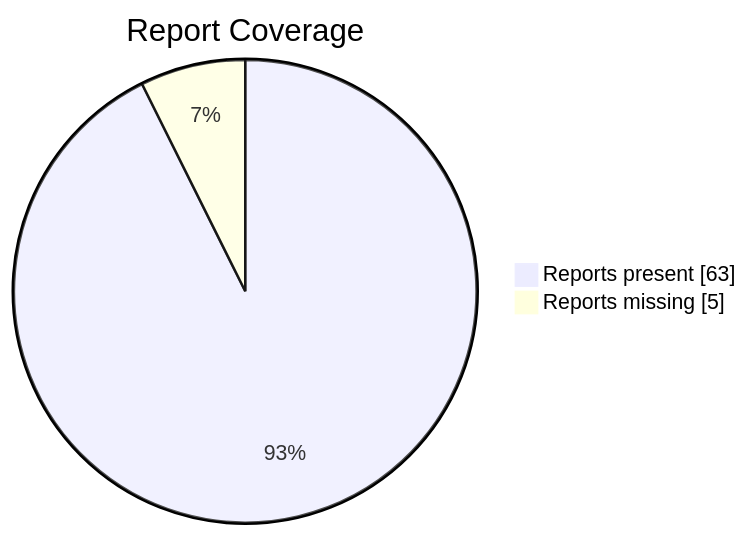
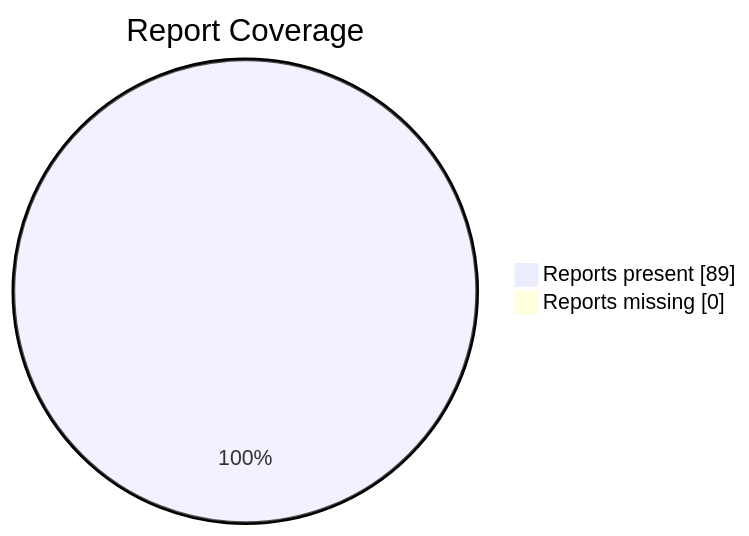
Before and after one commit to wjhou/awesome-computer-use-agents: the second of 2 diagrams in reports/link-audit/papers/README.md, drawn with Mermaid. The commit also changed other lines of this file and 65 other files, not shown here.

````diff
--- a/reports/link-audit/papers/README.md
+++ b/reports/link-audit/papers/README.md
@@ -14,6 +14,6 @@
 ```mermaid
 pie showData
     title Report Coverage
-    "Reports present" : 63
-    "Reports missing" : 5
+    "Reports present" : 89
+    "Reports missing" : 0
 ```
````
